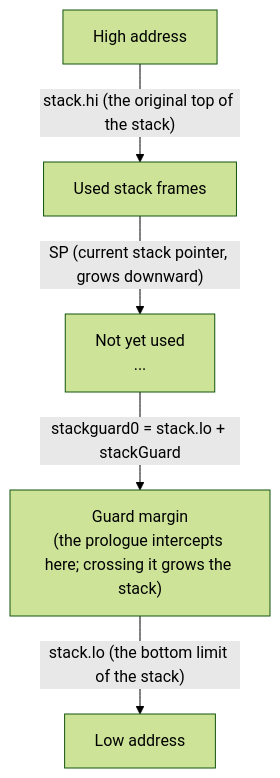
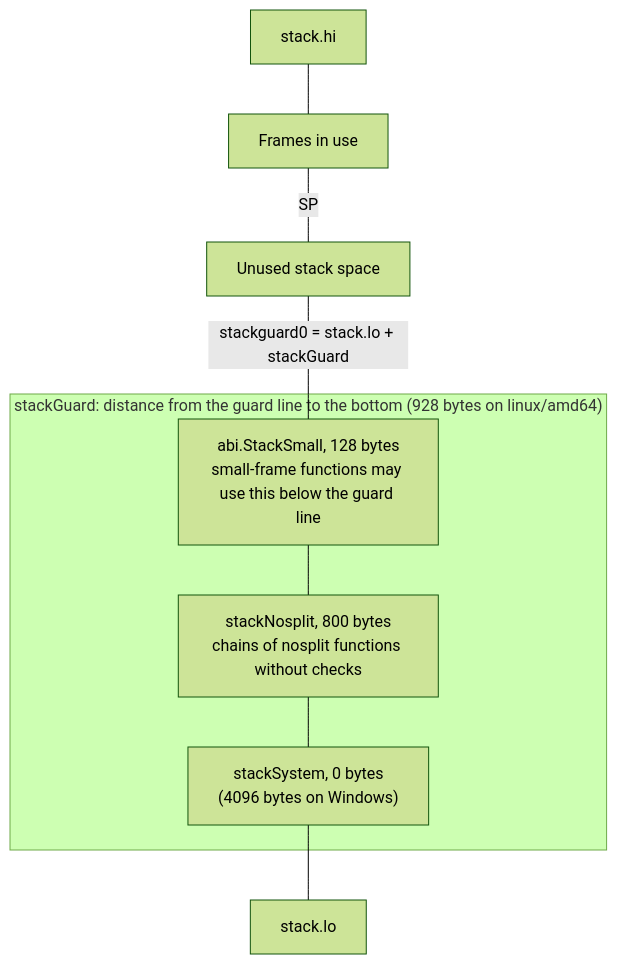
Before and after one commit to golang-design/under-the-hood: the diagram in book/en-us/part4memory/ch14stack/design.md, drawn with Mermaid (forest theme). The commit also changed other lines of this file and 30 other files, not shown here.

````diff
--- a/book/en-us/part4memory/ch14stack/design.md
+++ b/book/en-us/part4memory/ch14stack/design.md
@@ -106,13 +162,16 @@
 ```mermaid
-flowchart TD
-    hi["High address"]
-    used["Used stack frames"]
-    free["Not yet used<br/>..."]
-    margin["Guard margin<br/>(the prologue intercepts here; crossing it grows the stack)"]
-    lo["Low address"]
-
-    hi -- "stack.hi (the original top of the stack)" --> used
-    used -- "SP (current stack pointer, grows downward)" --> free
-    free -- "stackguard0 = stack.lo + stackGuard" --> margin
-    margin -- "stack.lo (the bottom limit of the stack)" --> lo
+flowchart TB
+    hi["stack.hi"]
+    used["Frames in use"]
+    free["Unused stack space"]
+    subgraph guard["stackGuard: distance from the guard line to the bottom (928 bytes on linux/amd64)"]
+        small["abi.StackSmall, 128 bytes<br/>small-frame functions may use this below the guard line"]
+        nosplit["stackNosplit, 800 bytes<br/>chains of nosplit functions without checks"]
+        sys["stackSystem, 0 bytes<br/>(4096 bytes on Windows)"]
+    end
+    lo["stack.lo"]
+    hi --- used
+    used -- "SP" --- free
+    free -- "stackguard0 = stack.lo + stackGuard" --- small
+    small --- nosplit --- sys --- lo
 ```
````
